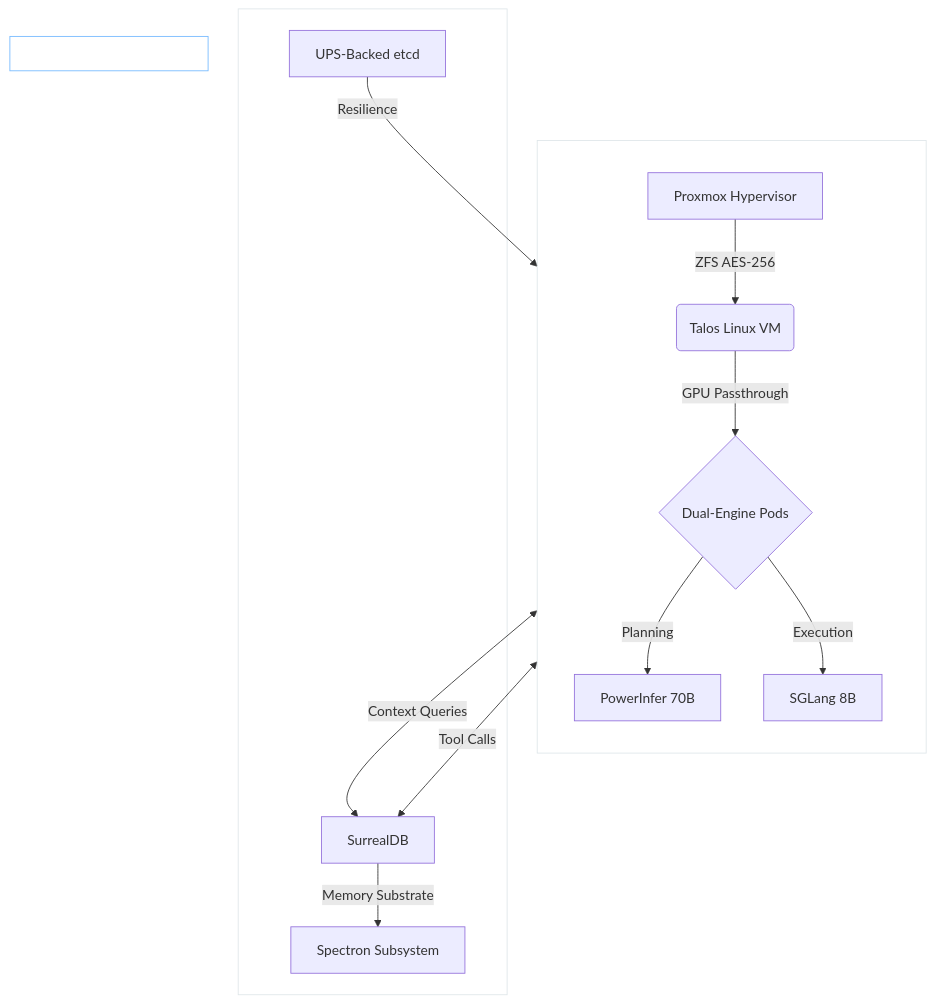
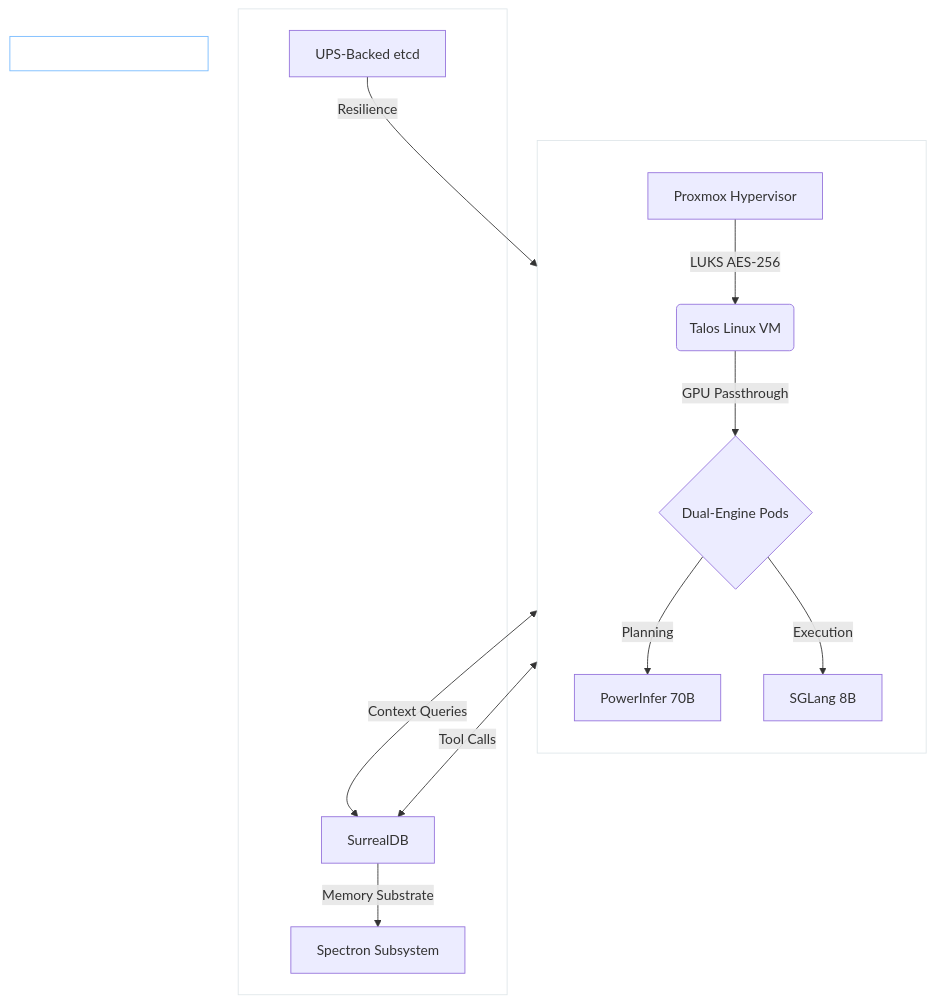
The diagram in docs/index.md (foersben/janus-synapse-edge), drawn with Mermaid before and after one commit. The commit also changed other lines of this file and 8 other files, not shown here.

Commit message:
LUKS encryption adjustments due to Proxmox changes

````diff
--- a/docs/index.md
+++ b/docs/index.md
@@ -19,24 +19,24 @@
 ```mermaid
 flowchart TD
     subgraph MainCompute["Main Compute Node (Jonsbo Z20)"]
         direction TB
-        A["Proxmox Hypervisor"] -->|"ZFS AES-256"| B("Talos Linux VM")
+        A["Proxmox Hypervisor"] -->|"LUKS AES-256"| B("Talos Linux VM")
         B -->|"GPU Passthrough"| C{"Dual-Engine Pods"}
         C -->|"Planning"| D["PowerInfer 70B"]
         C -->|"Execution"| E["SGLang 8B"]
     end
 
     subgraph EdgeNode["Edge Node (Intel NUC)"]
         F["SurrealDB"] -->|"Memory Substrate"| G["Spectron Subsystem"]
         H["UPS-Backed etcd"] -->|"Resilience"| B
     end
 
     subgraph Networking["Networking (2.5G Managed)"]
         D <-->|"Context Queries"| F
         E <-->|"Tool Calls"| F
     end
 
     style MainCompute fill:transparent,stroke:#dfe6e9,color:#fff
     style EdgeNode fill:transparent,stroke:#dfe6e9,color:#fff
     style Networking fill:transparent,stroke:#74b9ff,color:#fff
 ```
````
